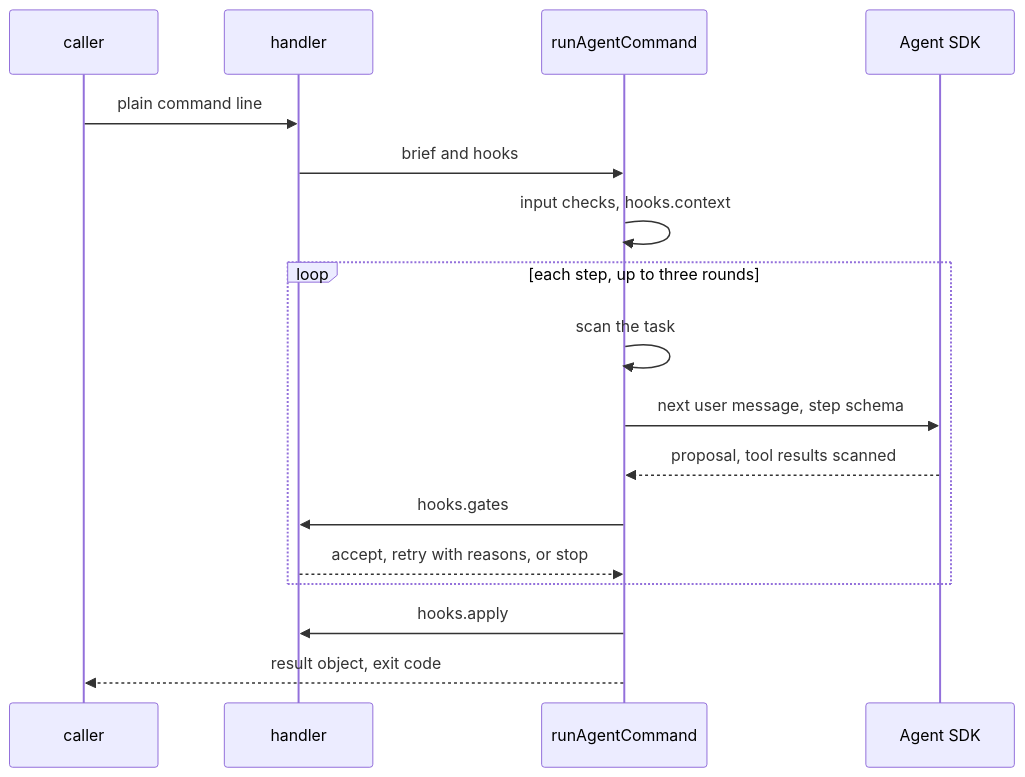
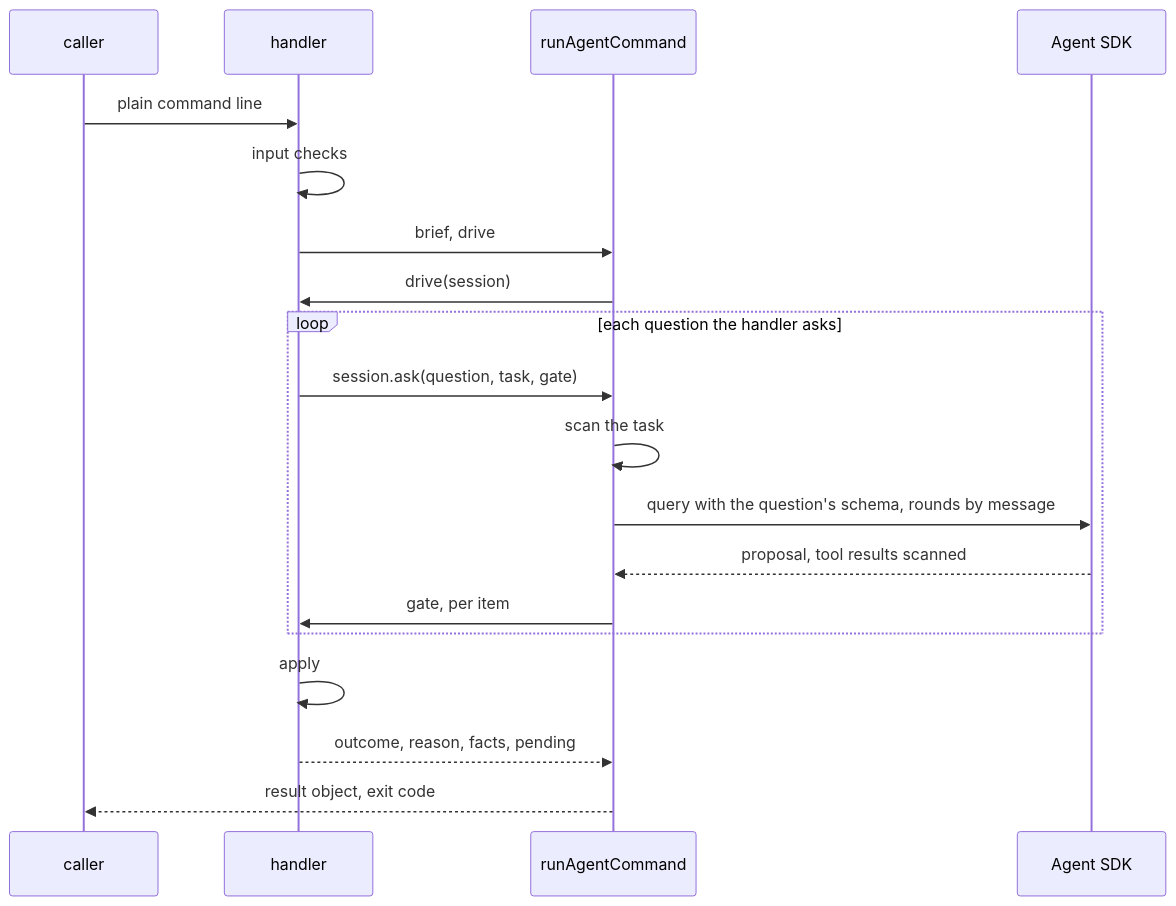
One commit to forwardimpact/monorepo changed the second of 2 diagrams in specs/2410-agent-backed-commands/design-a.md. Above: the diagram before and after it, drawn with Mermaid. The commit also changed other lines of this file and 1 other file, not shown here.

````diff
--- a/specs/2410-agent-backed-commands/design-a.md
+++ b/specs/2410-agent-backed-commands/design-a.md
@@ -62,19 +62,21 @@
 ```mermaid
 sequenceDiagram
     participant C as caller
     participant D as handler
     participant R as runAgentCommand
     participant S as Agent SDK
     C->>D: plain command line
-    D->>R: brief and hooks
-    R->>R: input checks, hooks.context
-    loop each step, up to three rounds
+    D->>D: input checks
+    D->>R: brief, drive
+    R->>D: drive(session)
+    loop each question the handler asks
+        D->>R: session.ask(question, task, gate)
         R->>R: scan the task
-        R->>S: next user message, step schema
+        R->>S: query with the question's schema, rounds by message
         S-->>R: proposal, tool results scanned
-        R->>D: hooks.gates
-        D-->>R: accept, retry with reasons, or stop
+        R->>D: gate, per item
     end
-    R->>D: hooks.apply
+    D->>D: apply
+    D-->>R: outcome, reason, facts, pending
     R-->>C: result object, exit code
 ```
````
